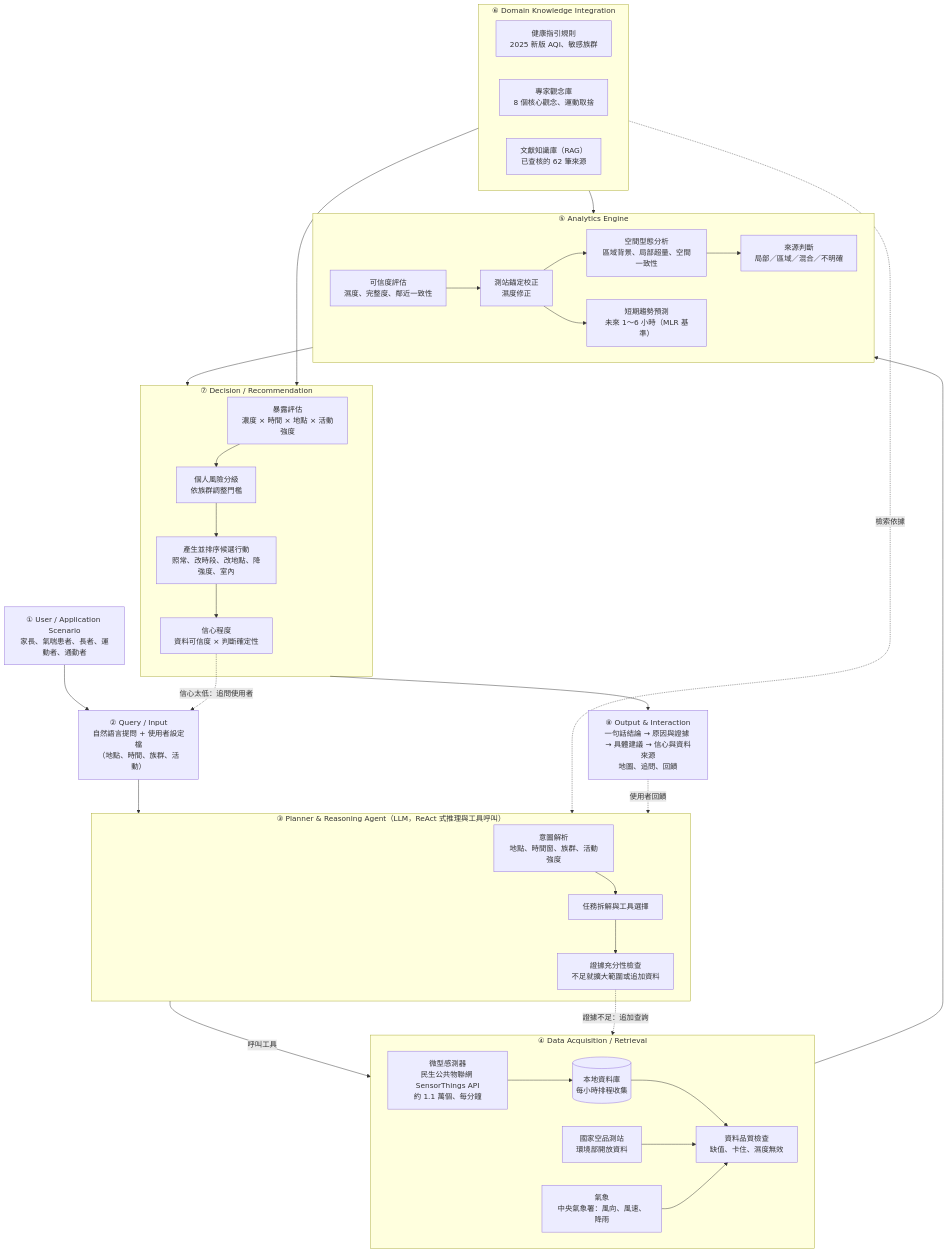
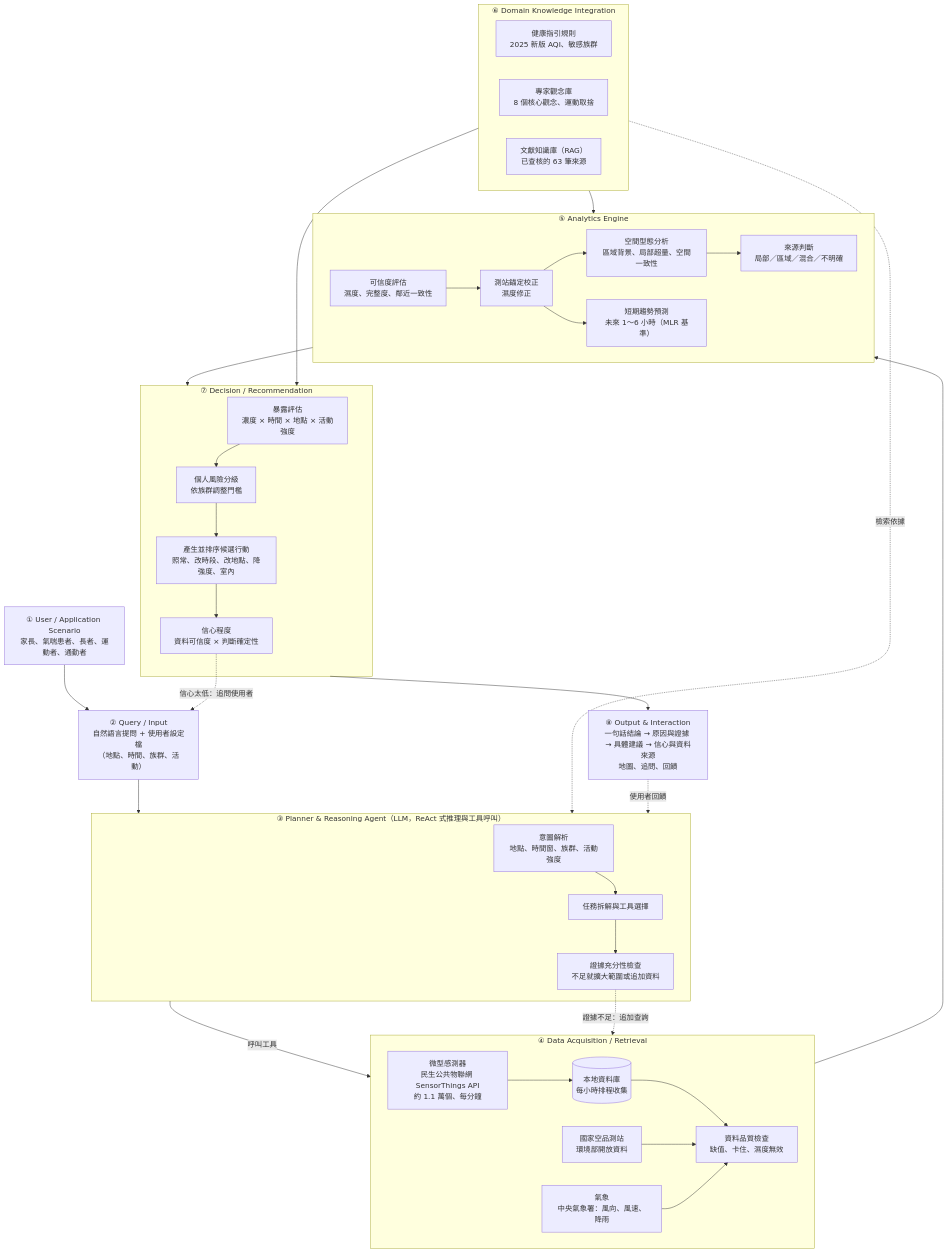
The diagram in diagrams/architecture.mmd (A0966411725-png/AirSleuth), drawn with Mermaid before and after one commit. The commit also changed 22 other files, not shown here.

```diff
--- a/diagrams/architecture.mmd
+++ b/diagrams/architecture.mmd
@@ -1,61 +1,61 @@
 %% AirSleuth System Architecture（模組編號 ①～⑧，與 DESIGN.md 第 4 節一致）
 flowchart TB
     U["① User / Application Scenario<br/>家長、氣喘患者、長者、運動者、通勤者"]
     Q["② Query / Input<br/>自然語言提問 + 使用者設定檔<br/>（地點、時間、族群、活動）"]
 
     subgraph AGENT["③ Planner & Reasoning Agent（LLM，ReAct 式推理與工具呼叫）"]
         P1["意圖解析<br/>地點、時間窗、族群、活動強度"]
         P2["任務拆解與工具選擇"]
         P3["證據充分性檢查<br/>不足就擴大範圍或追加資料"]
         P1 --> P2 --> P3
     end
 
     subgraph DATA["④ Data Acquisition / Retrieval"]
         D1["微型感測器<br/>民生公共物聯網 SensorThings API<br/>約 1.1 萬個、每分鐘"]
         D2["國家空品測站<br/>環境部開放資料"]
         D3["氣象<br/>中央氣象署：風向、風速、降雨"]
         D4[("本地資料庫<br/>每小時排程收集")]
         D5["資料品質檢查<br/>缺值、卡住、濕度無效"]
         D1 --> D4
         D4 --> D5
         D2 --> D5
         D3 --> D5
     end
 
     subgraph ANALYTICS["⑤ Analytics Engine"]
         A1["可信度評估<br/>濕度、完整度、鄰近一致性"]
         A2["測站錨定校正<br/>濕度修正"]
         A3["空間型態分析<br/>區域背景、局部超量、空間一致性"]
         A4["來源判斷<br/>局部／區域／混合／不明確"]
         A5["短期趨勢預測<br/>未來 1～6 小時（MLR 基準）"]
         A1 --> A2 --> A3 --> A4
         A2 --> A5
     end
 
     subgraph KNOW["⑥ Domain Knowledge Integration"]
         K1["健康指引規則<br/>2025 新版 AQI、敏感族群"]
         K2["專家觀念庫<br/>8 個核心觀念、運動取捨"]
-        K3["文獻知識庫（RAG）<br/>已查核的 62 筆來源"]
+        K3["文獻知識庫（RAG）<br/>已查核的 63 筆來源"]
     end
 
     subgraph DECIDE["⑦ Decision / Recommendation"]
         R1["暴露評估<br/>濃度 × 時間 × 地點 × 活動強度"]
         R2["個人風險分級<br/>依族群調整門檻"]
         R3["產生並排序候選行動<br/>照常、改時段、改地點、降強度、室內"]
         R4["信心程度<br/>資料可信度 × 判斷確定性"]
         R1 --> R2 --> R3 --> R4
     end
 
     O["⑧ Output & Interaction<br/>一句話結論 → 原因與證據 → 具體建議 → 信心與資料來源<br/>地圖、追問、回饋"]
 
     U --> Q --> AGENT
     AGENT -->|呼叫工具| DATA
     DATA --> ANALYTICS
     ANALYTICS --> DECIDE
     KNOW --> ANALYTICS
     KNOW --> DECIDE
     KNOW -.檢索依據.-> AGENT
     DECIDE --> O
     P3 -.證據不足：追加查詢.-> DATA
     R4 -.信心太低：追問使用者.-> Q
     O -.使用者回饋.-> AGENT
```
